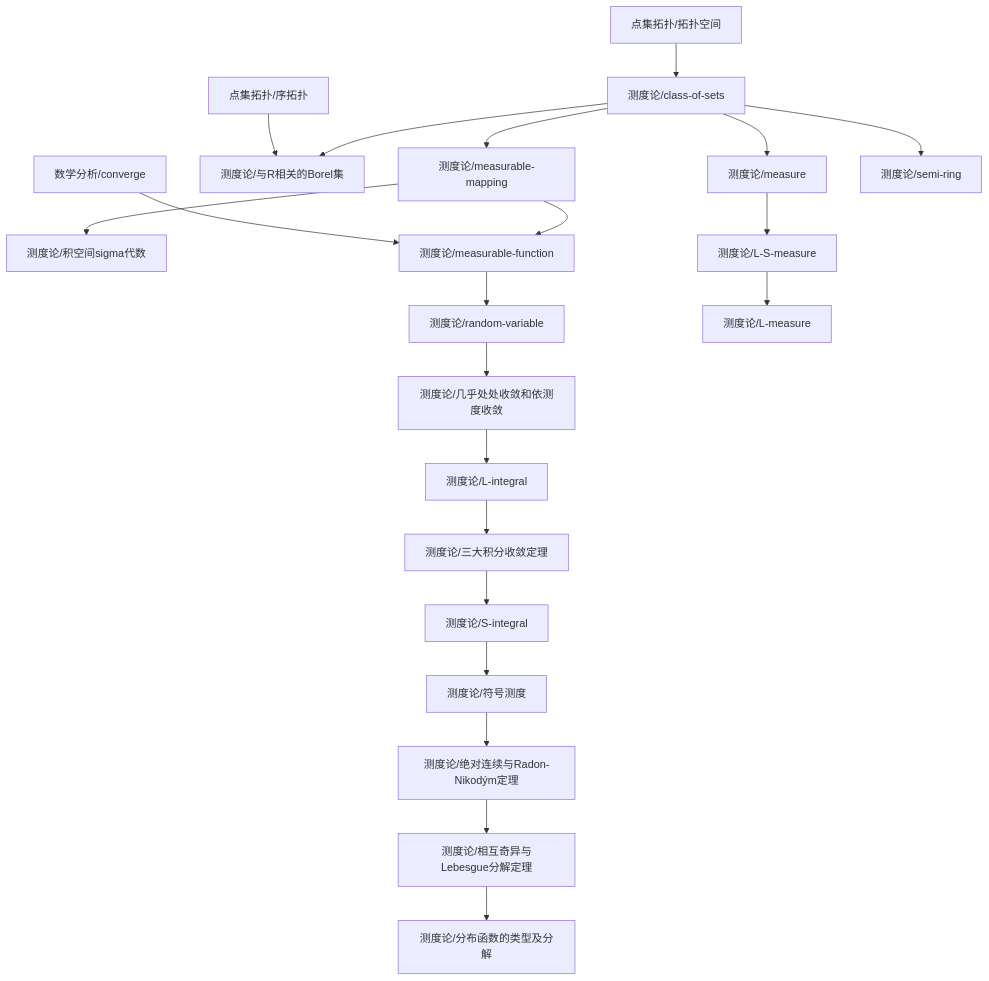
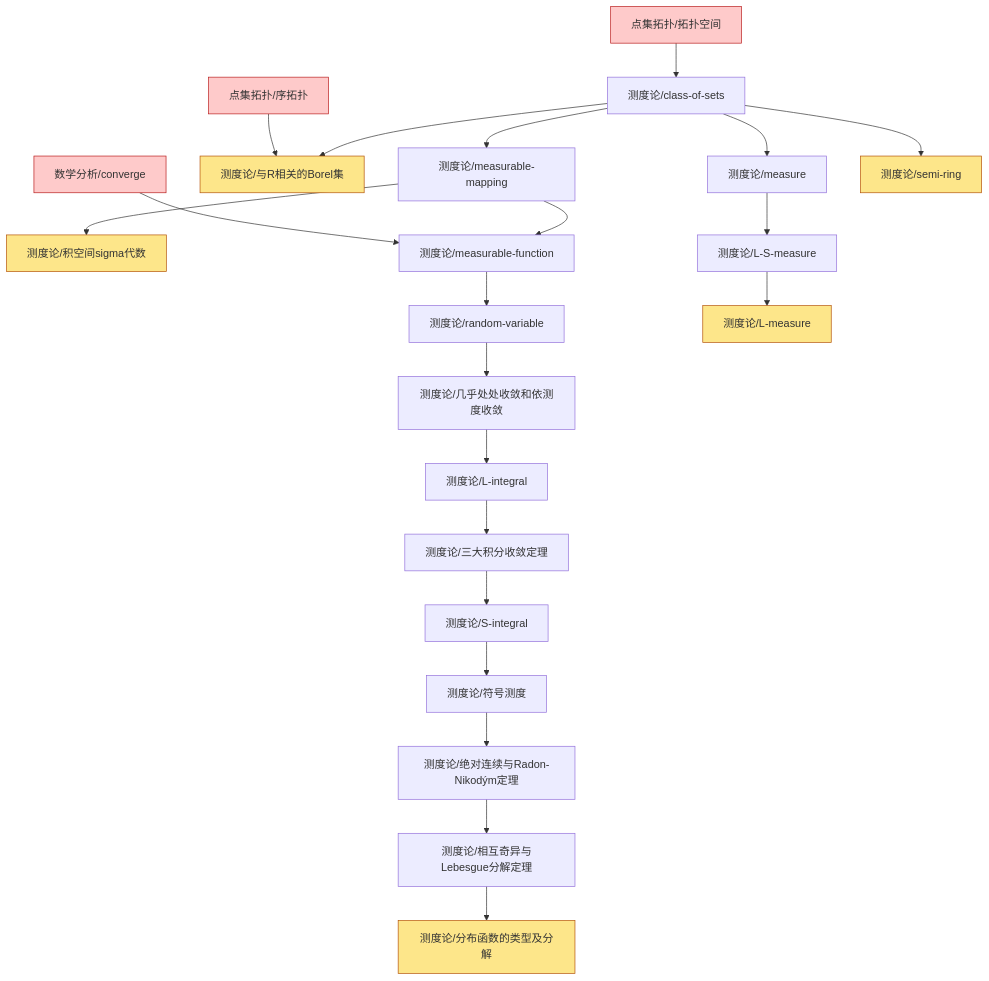
Before and after one commit to zeroDtree/zeroDtree.github.io: the diagram in content/测度论/dependency_graph.md, drawn with Mermaid. The commit also changed 16 other files, not shown here.

````diff
--- a/content/测度论/dependency_graph.md
+++ b/content/测度论/dependency_graph.md
@@ -1,23 +1,29 @@
 ```mermaid
 graph TD
 1["点集拓扑/拓扑空间"] --> 0["测度论/class-of-sets"]
 3["测度论/S-integral"] --> 2["测度论/符号测度"]
 5["测度论/measurable-mapping"] --> 4["测度论/积空间sigma代数"]
 0["测度论/class-of-sets"] --> 5["测度论/measurable-mapping"]
 0["测度论/class-of-sets"] --> 6["测度论/与R相关的Borel集"]
 7["点集拓扑/序拓扑"] --> 6["测度论/与R相关的Borel集"]
 5["测度论/measurable-mapping"] --> 8["测度论/measurable-function"]
 9["数学分析/converge"] --> 8["测度论/measurable-function"]
 8["测度论/measurable-function"] --> 10["测度论/random-variable"]
 12["测度论/measure"] --> 11["测度论/L-S-measure"]
 0["测度论/class-of-sets"] --> 13["测度论/semi-ring"]
 15["测度论/L-integral"] --> 14["测度论/三大积分收敛定理"]
 2["测度论/符号测度"] --> 17["测度论/绝对连续与Radon-Nikodým定理"]
 0["测度论/class-of-sets"] --> 12["测度论/measure"]
 10["测度论/random-variable"] --> 18["测度论/几乎处处收敛和依测度收敛"]
 11["测度论/L-S-measure"] --> 19["测度论/L-measure"]
 14["测度论/三大积分收敛定理"] --> 3["测度论/S-integral"]
 17["测度论/绝对连续与Radon-Nikodým定理"] --> 20["测度论/相互奇异与Lebesgue分解定理"]
 18["测度论/几乎处处收敛和依测度收敛"] --> 15["测度论/L-integral"]
 20["测度论/相互奇异与Lebesgue分解定理"] --> 21["测度论/分布函数的类型及分解"]
+classDef leaf fill:#fde68a,stroke:#b45309
+class 4,6,13,19,21 leaf
+classDef root fill:#bfdbfe,stroke:#1d4ed8
+class 16 root
+classDef externalRoot fill:#fecaca,stroke:#b91c1c
+class 1,7,9 externalRoot
 ```
````
